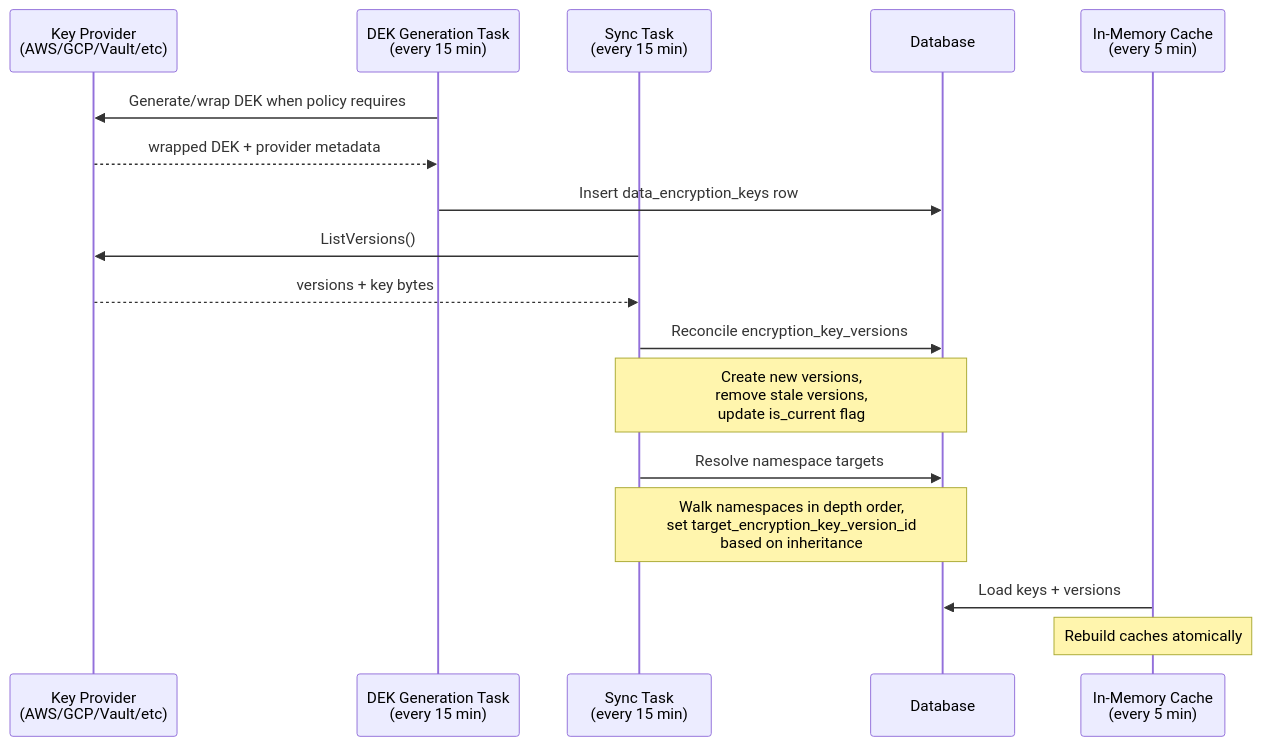
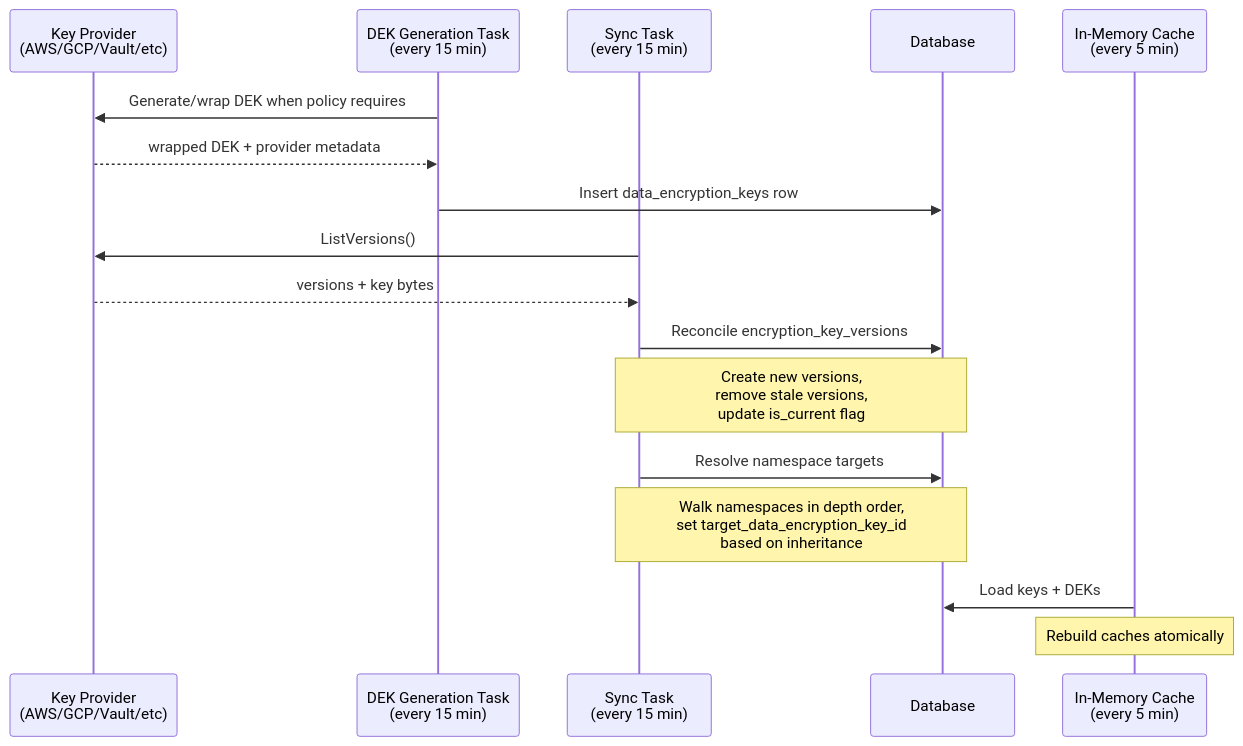
One commit to rmorlok/authproxy changed the third of 3 diagrams in internal/encrypt/README.md. Above: the diagram before and after it, drawn with Mermaid. The commit also changed other lines of this file and 45 other files, not shown here.

````diff
--- a/internal/encrypt/README.md
+++ b/internal/encrypt/README.md
@@ -113,24 +113,24 @@
 ```mermaid
 sequenceDiagram
     participant Provider as Key Provider<br/>(AWS/GCP/Vault/etc)
     participant DEKTask as DEK Generation Task<br/>(every 15 min)
     participant SyncTask as Sync Task<br/>(every 15 min)
     participant DB as Database
     participant Memory as In-Memory Cache<br/>(every 5 min)
 
     DEKTask->>Provider: Generate/wrap DEK when policy requires
     Provider-->>DEKTask: wrapped DEK + provider metadata
     DEKTask->>DB: Insert data_encryption_keys row
 
     SyncTask->>Provider: ListVersions()
     Provider-->>SyncTask: versions + key bytes
 
     SyncTask->>DB: Reconcile encryption_key_versions
     Note over SyncTask,DB: Create new versions,<br/>remove stale versions,<br/>update is_current flag
 
     SyncTask->>DB: Resolve namespace targets
-    Note over SyncTask,DB: Walk namespaces in depth order,<br/>set target_encryption_key_version_id<br/>based on inheritance
+    Note over SyncTask,DB: Walk namespaces in depth order,<br/>set target_data_encryption_key_id<br/>based on inheritance
 
-    Memory->>DB: Load keys + versions
+    Memory->>DB: Load keys + DEKs
     Note over Memory: Rebuild caches atomically
 ```
````
